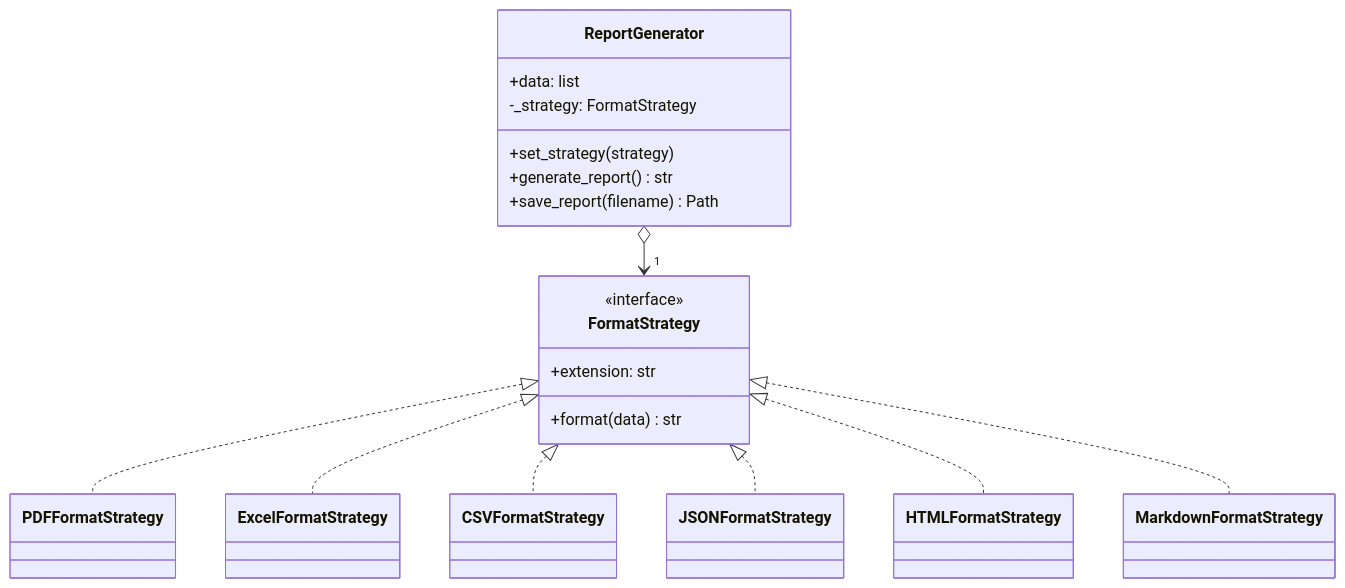
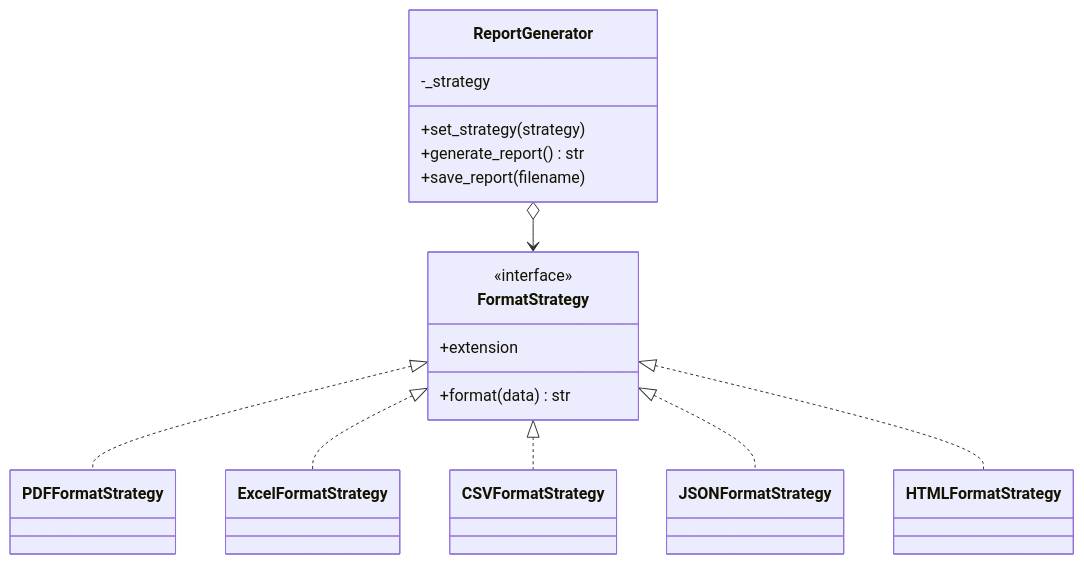
The sixth of 7 diagrams in 05-design-patterns/README.md (mathislepoutre1/oop-python-exercises), drawn with Mermaid before and after one commit. The commit also changed other lines of this file and 8 other files, not shown here.

````diff
--- a/05-design-patterns/README.md
+++ b/05-design-patterns/README.md
@@ -181,28 +145,25 @@
 ```mermaid
 classDiagram
     class FormatStrategy {
         <<interface>>
-        +extension: str
+        +extension
         +format(data) str
     }
     class PDFFormatStrategy
     class ExcelFormatStrategy
     class CSVFormatStrategy
     class JSONFormatStrategy
     class HTMLFormatStrategy
-    class MarkdownFormatStrategy
     class ReportGenerator {
-        +data: list
-        -_strategy: FormatStrategy
+        -_strategy
         +set_strategy(strategy)
         +generate_report() str
-        +save_report(filename) Path
+        +save_report(filename)
     }
     FormatStrategy <|.. PDFFormatStrategy
     FormatStrategy <|.. ExcelFormatStrategy
     FormatStrategy <|.. CSVFormatStrategy
     FormatStrategy <|.. JSONFormatStrategy
     FormatStrategy <|.. HTMLFormatStrategy
-    FormatStrategy <|.. MarkdownFormatStrategy
-    ReportGenerator o--> "1" FormatStrategy
+    ReportGenerator o--> FormatStrategy
 ```
````
